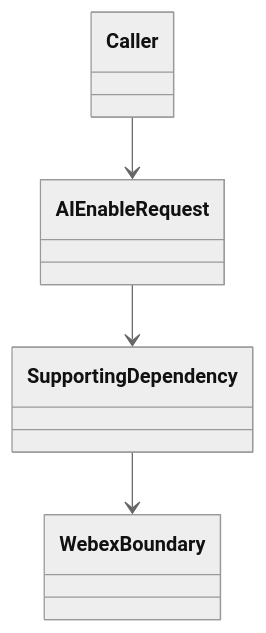
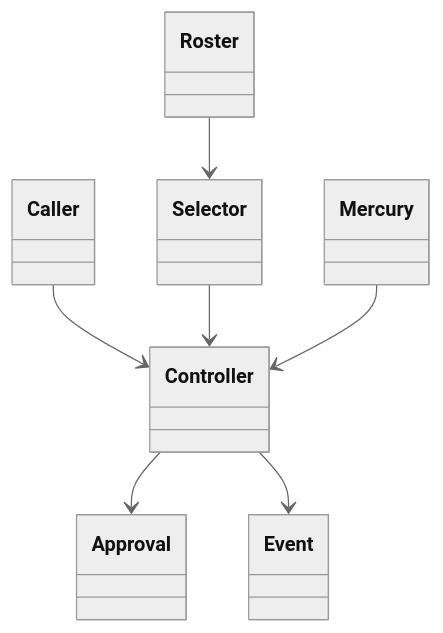
One commit to webex/webex-js-sdk changed the fourth of 4 diagrams in packages/@webex/plugin-meetings/src/aiEnableRequest/ai-docs/ai-enable-request-spec.md. Above: the diagram before and after it, drawn with Mermaid (neutral theme). The commit also changed other lines of this file and 26 other files, not shown here.

````diff
--- a/packages/@webex/plugin-meetings/src/aiEnableRequest/ai-docs/ai-enable-request-spec.md
+++ b/packages/@webex/plugin-meetings/src/aiEnableRequest/ai-docs/ai-enable-request-spec.md
@@ -142,10 +151,16 @@
 ```mermaid
 classDiagram
+  class Roster
+  class Selector
   class Caller
-  class AIEnableRequest
-  class SupportingDependency
-  class WebexBoundary
-  Caller --> AIEnableRequest
-  AIEnableRequest --> SupportingDependency
-  SupportingDependency --> WebexBoundary
+  class Controller
+  class Mercury
+  class Approval
+  class Event
+  Roster --> Selector
+  Caller --> Controller
+  Selector --> Controller
+  Mercury --> Controller
+  Controller --> Approval
+  Controller --> Event
 ```
````
